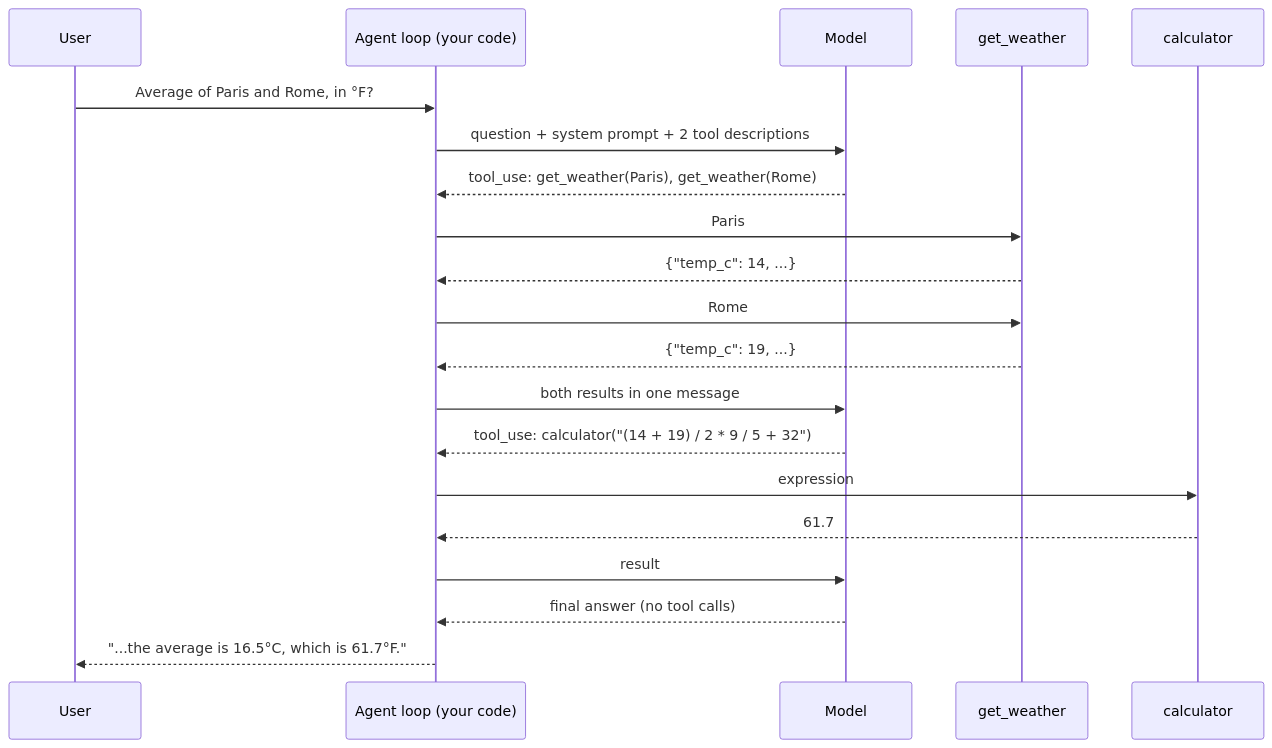
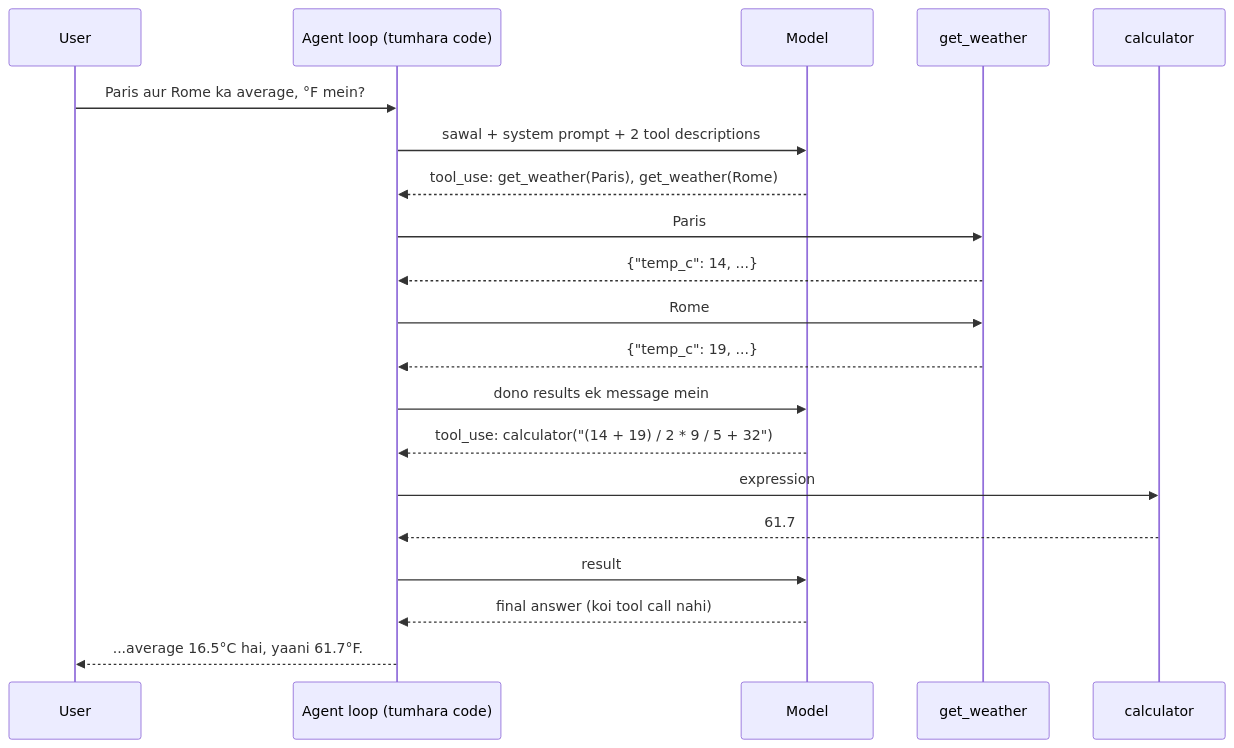
One commit to asmustechno/agentic-ai-notes changed the diagram in docs/18-projects/18.1-project-1-weather-and-calculator-agent.md. Above: the diagram before and after it, drawn with Mermaid. The commit also changed other lines of this file and 135 other files, not shown here.

````diff
--- a/docs/18-projects/18.1-project-1-weather-and-calculator-agent.md
+++ b/docs/18-projects/18.1-project-1-weather-and-calculator-agent.md
@@ -67,22 +69,22 @@
 ```mermaid
 sequenceDiagram
     participant U as User
-    participant A as Agent loop (your code)
+    participant A as Agent loop (tumhara code)
     participant M as Model
     participant W as get_weather
     participant C as calculator
-    U->>A: Average of Paris and Rome, in °F?
-    A->>M: question + system prompt + 2 tool descriptions
+    U->>A: Paris aur Rome ka average, °F mein?
+    A->>M: sawal + system prompt + 2 tool descriptions
     M-->>A: tool_use: get_weather(Paris), get_weather(Rome)
     A->>W: Paris
     W-->>A: {"temp_c": 14, ...}
     A->>W: Rome
     W-->>A: {"temp_c": 19, ...}
-    A->>M: both results in one message
+    A->>M: dono results ek message mein
     M-->>A: tool_use: calculator("(14 + 19) / 2 * 9 / 5 + 32")
     A->>C: expression
     C-->>A: 61.7
     A->>M: result
-    M-->>A: final answer (no tool calls)
-    A-->>U: "...the average is 16.5°C, which is 61.7°F."
+    M-->>A: final answer (koi tool call nahi)
+    A-->>U: ...average 16.5°C hai, yaani 61.7°F.
 ```
````
